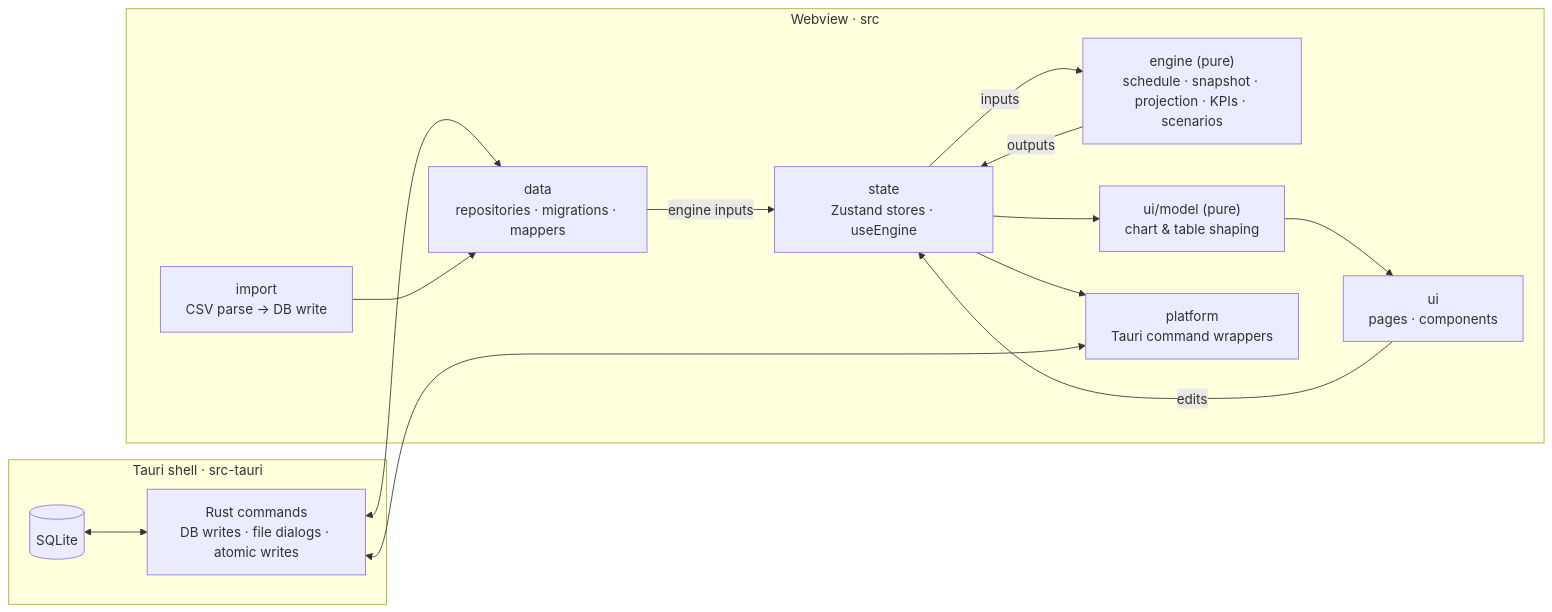
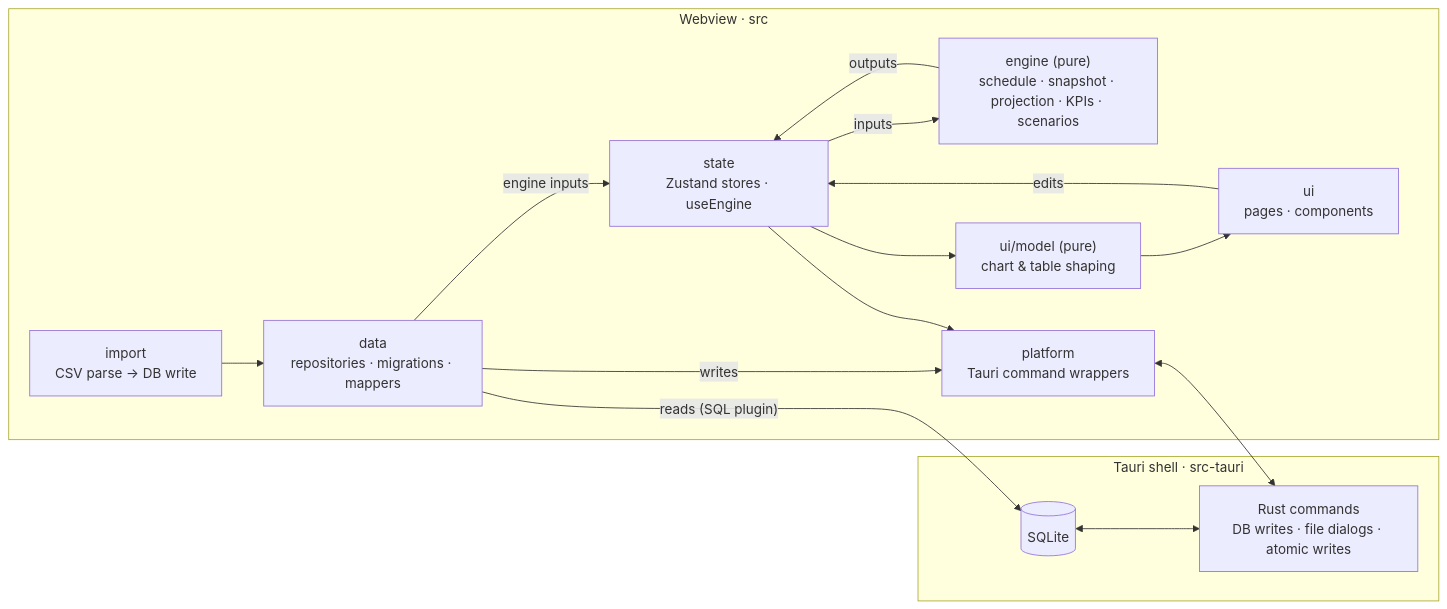
One commit to vlastimilbures/real-estate-tracker changed the diagram in README.md. Above: the diagram before and after it, drawn with Mermaid. The commit also changed other lines of this file, not shown here.

First line of the commit message:
docs(readme): data writes reach Rust through platform; db_backup returns a path

````diff
--- a/README.md
+++ b/README.md
@@ -284,26 +286,27 @@
 ```mermaid
 flowchart LR
   subgraph Rust["Tauri shell · src-tauri"]
     DB[(SQLite)]
     CMD["Rust commands<br/>DB writes · file dialogs · atomic writes"]
   end
   subgraph Web["Webview · src"]
     DATA["data<br/>repositories · migrations · mappers"]
     IMPORT["import<br/>CSV parse → DB write"]
     STATE["state<br/>Zustand stores · useEngine"]
     ENGINE["engine (pure)<br/>schedule · snapshot · projection · KPIs · scenarios"]
     MODEL["ui/model (pure)<br/>chart & table shaping"]
     UI["ui<br/>pages · components"]
     PLATFORM["platform<br/>Tauri command wrappers"]
   end
   DB <--> CMD
-  CMD <--> DATA
+  DATA -- "reads (SQL plugin)" --> DB
+  DATA -- "writes" --> PLATFORM
   IMPORT --> DATA
   DATA -- "engine inputs" --> STATE
   STATE -- "inputs" --> ENGINE
   ENGINE -- "outputs" --> STATE
   STATE --> MODEL --> UI
   UI -- "edits" --> STATE
   STATE --> PLATFORM
   PLATFORM <--> CMD
 ```
````
